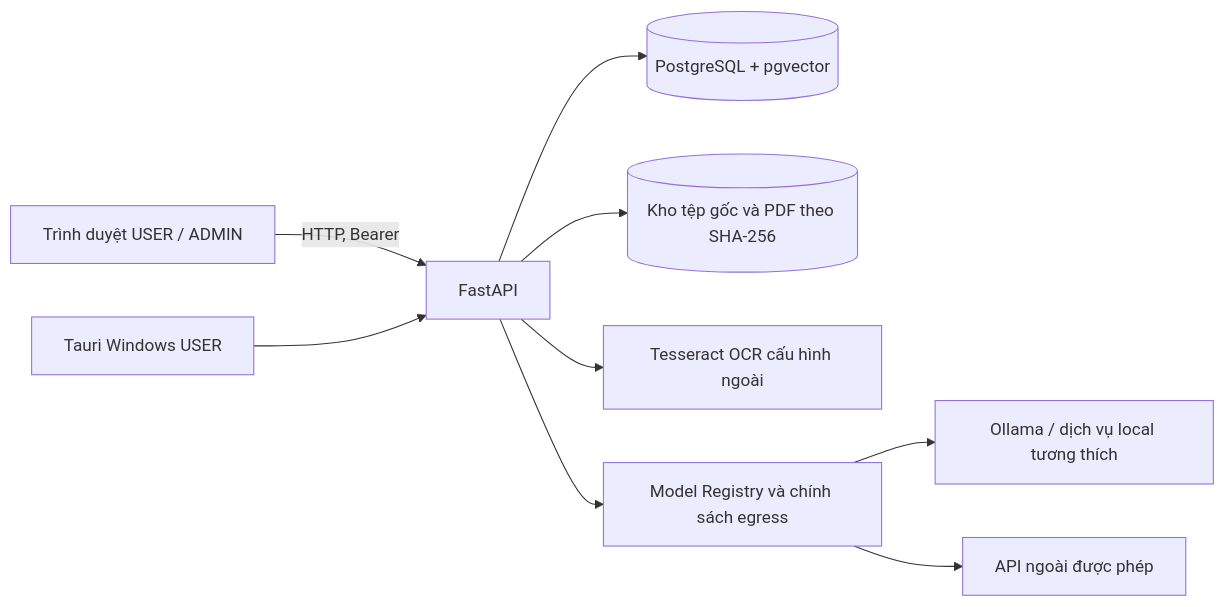
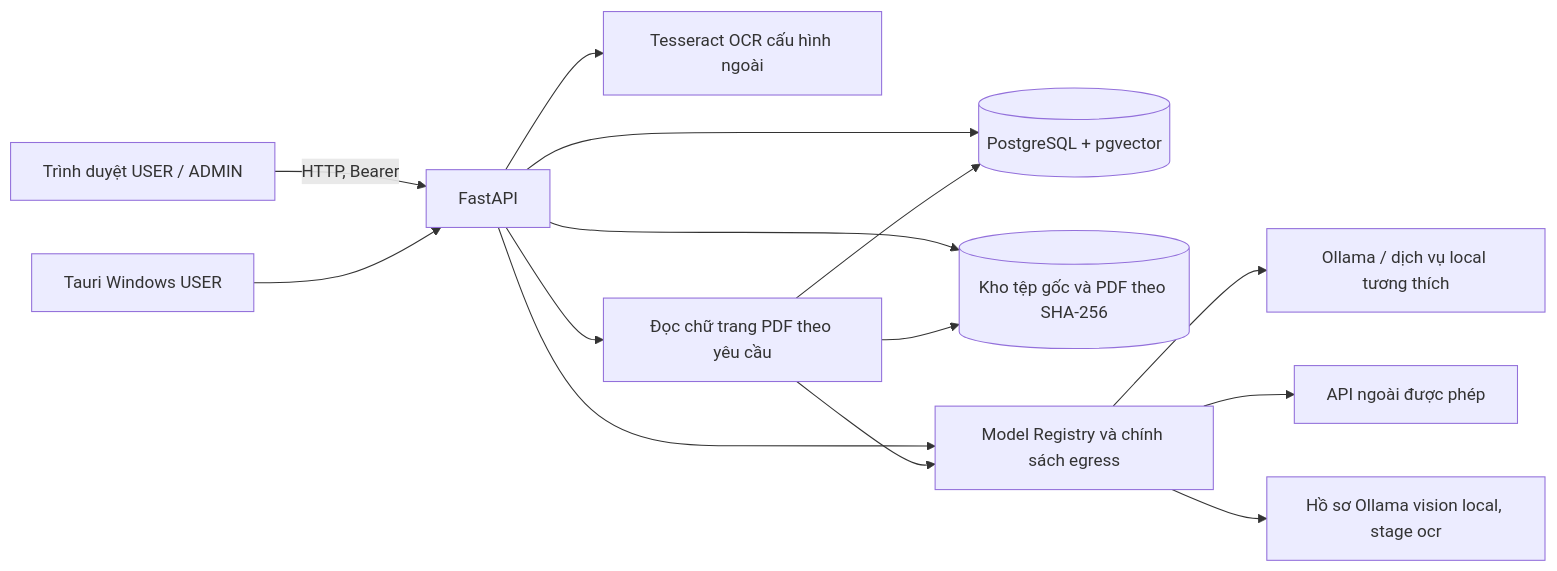
One commit to deviouslove-ship-it/Evidence_RAG_Handoff changed the first of 3 diagrams in docs/TAI_LIEU_MO_TA_HE_THONG.md. Above: the diagram before and after it, drawn with Mermaid. The commit also changed other lines of this file and 85 other files, not shown here.

````diff
--- a/docs/TAI_LIEU_MO_TA_HE_THONG.md
+++ b/docs/TAI_LIEU_MO_TA_HE_THONG.md
@@ -28,11 +28,16 @@
 ```mermaid
 flowchart LR
  U[Trình duyệt USER / ADMIN] -->|HTTP, Bearer| A[FastAPI]
  T[Tauri Windows USER] --> A
  A --> P[(PostgreSQL + pgvector)]
  A --> F[(Kho tệp gốc và PDF theo SHA-256)]
  A --> O[Tesseract OCR cấu hình ngoài]
  A --> R[Model Registry và chính sách egress]
  R --> L[Ollama / dịch vụ local tương thích]
  R --> C[API ngoài được phép]
+ A --> PT[Đọc chữ trang PDF theo yêu cầu]
+ PT --> P
+ PT --> F
+ PT --> R
+ R --> V[Hồ sơ Ollama vision local, stage ocr]
 ```
````
